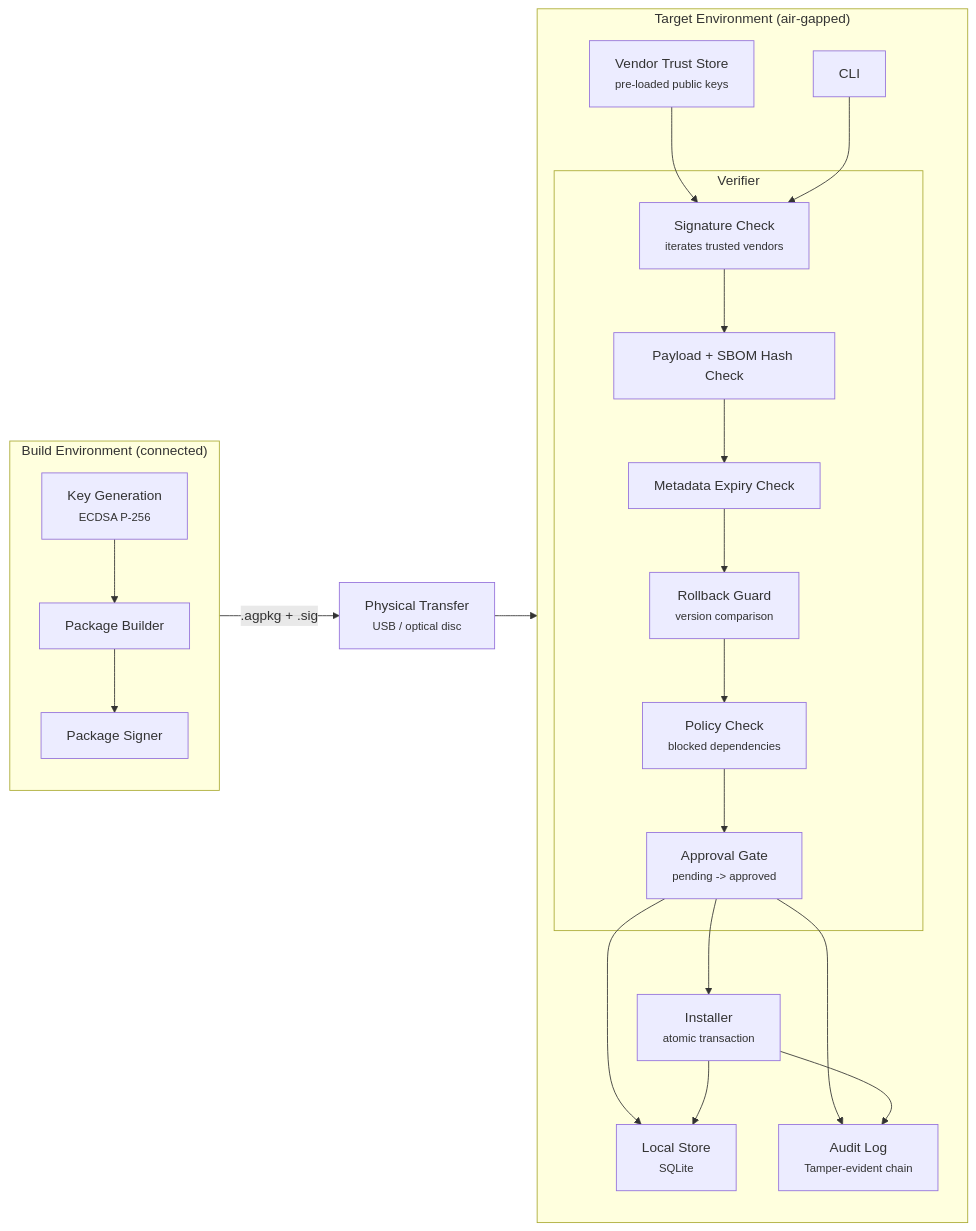
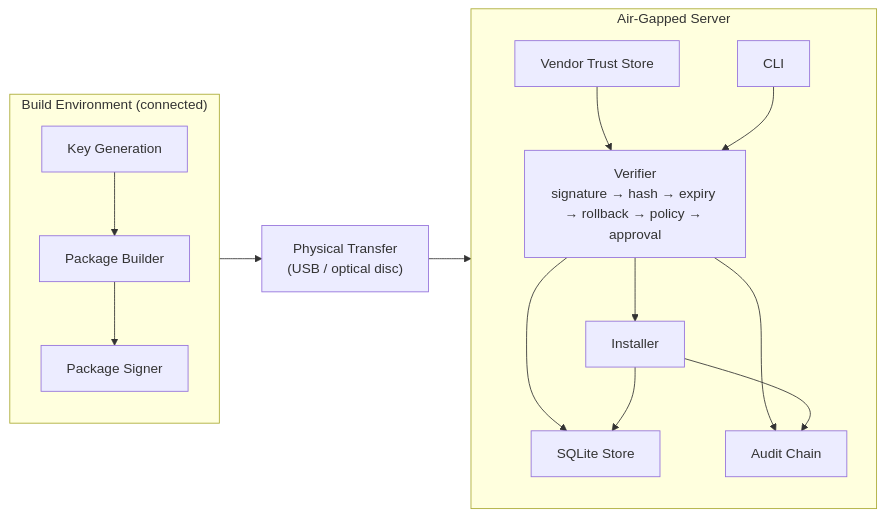
One commit to Voyrox/Blackbox changed the first of 2 diagrams in README.md. Above: the diagram before and after it, drawn with Mermaid. The commit also changed other lines of this file and 8 other files, not shown here.

````diff
--- a/README.md
+++ b/README.md
@@ -48,48 +48,31 @@
 ```mermaid
 flowchart LR
-    subgraph BuildEnv["Build Environment (connected)"]
+    subgraph Build["Build Environment (connected)"]
         direction TB
-        Keygen["Key Generation<br/><small>ECDSA P-256</small>"]
-        Builder["Package Builder"]
-        Signer["Package Signer"]
-        Keygen --> Builder
-        Builder --> Signer
+        Keygen["Key Generation"] --> Builder["Package Builder"]
+        Builder --> Signer["Package Signer"]
     end
 
-    Transfer["Physical Transfer<br/><small>USB / optical disc</small>"]
+    Transfer["Physical Transfer<br/>(USB / optical disc)"]
 
-    subgraph TargetEnv["Target Environment (air-gapped)"]
+    subgraph Server["Air-Gapped Server"]
         direction TB
         CLI["CLI"]
-        Trust["Vendor Trust Store<br/><small>pre-loaded public keys</small>"]
+        Trust["Vendor Trust Store"]
+        Verifier["Verifier<br/>signature → hash → expiry → rollback → policy → approval"]
+        DBs["SQLite Store"]
+        Audit["Audit Chain"]
+        Install["Installer"]
 
-        subgraph Verify["Verifier"]
-            SigCheck["Signature Check<br/><small>iterates trusted vendors</small>"]
-            HashCheck["Payload + SBOM Hash Check"]
-            ExpiryCheck["Metadata Expiry Check"]
-            RollbackCheck["Rollback Guard<br/><small>version comparison</small>"]
-            PolicyCheck["Policy Check<br/><small>blocked dependencies</small>"]
-            StatusGate["Approval Gate<br/><small>pending -> approved</small>"]
-        end
-
-        DBs["Local Store<br/><small>SQLite</small>"]
-        Audit["Audit Log<br/><small>Tamper-evident chain</small>"]
-        Installer["Installer<br/><small>atomic transaction</small>"]
-
-        Trust --> SigCheck
-        CLI --> SigCheck
-        SigCheck --> HashCheck
-        HashCheck --> ExpiryCheck
-        ExpiryCheck --> RollbackCheck
-        RollbackCheck --> PolicyCheck
-        PolicyCheck --> StatusGate
-        StatusGate --> DBs
-        StatusGate --> Audit
-        StatusGate --> Installer
-        Installer --> DBs
-        Installer --> Audit
+        Trust --> Verifier
+        CLI --> Verifier
+        Verifier --> DBs
+        Verifier --> Audit
+        Verifier --> Install
+        Install --> DBs
+        Install --> Audit
     end
 
-    Signer -- ".agpkg + .sig" --> Transfer
+    Signer --> Transfer
     Transfer --> CLI
 ```
````
